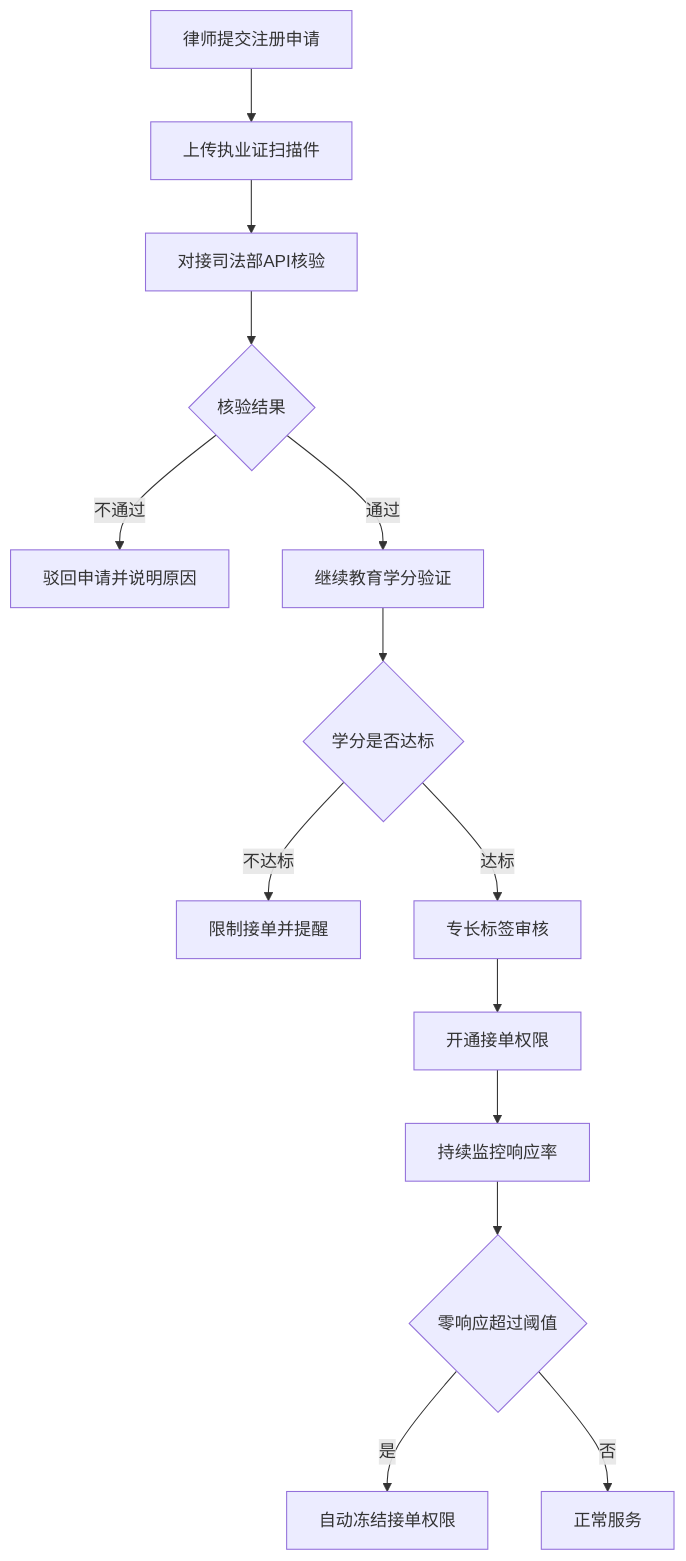
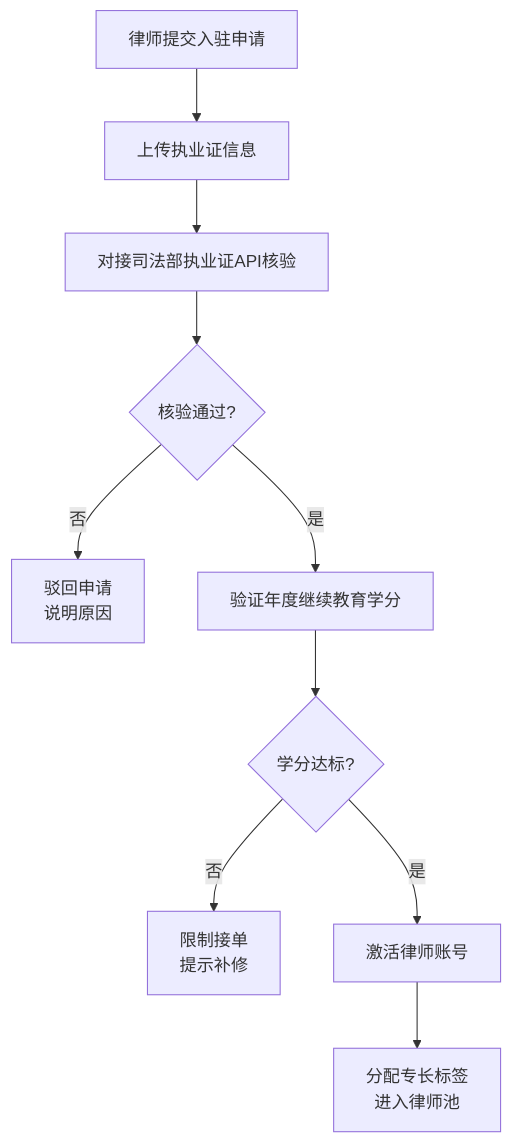
Before and after one commit to ccpen199/Trae-solo: the second of 3 diagrams in .trae/documents/PRD-法律公益咨询协同平台.md, drawn with Mermaid. The commit also changed other lines of this file and 94 other files, not shown here.

````diff
--- a/.trae/documents/PRD-法律公益咨询协同平台.md
+++ b/.trae/documents/PRD-法律公益咨询协同平台.md
@@ -79,16 +80,12 @@
 ```mermaid
 flowchart TD
-    A["律师提交注册申请"] --> B["上传执业证扫描件"]
-    B --> C["对接司法部API核验"]
-    C --> D{核验结果}
-    D -->|"不通过"| E["驳回申请并说明原因"]
-    D -->|"通过"| F["继续教育学分验证"]
-    F --> G{学分是否达标}
-    G -->|"不达标"| H["限制接单并提醒"]
-    G -->|"达标"| I["专长标签审核"]
-    I --> J["开通接单权限"]
-    J --> K["持续监控响应率"]
-    K --> L{零响应超过阈值}
-    L -->|"是"| M["自动冻结接单权限"]
-    L -->|"否"| N["正常服务"]
+    A["律师提交入驻申请"] --> B["上传执业证信息"]
+    B --> C["对接司法部执业证API核验"]
+    C --> D{核验通过?}
+    D -->|否| E["驳回申请<br/>说明原因"]
+    D -->|是| F["验证年度继续教育学分"]
+    F --> G{学分达标?}
+    G -->|否| H["限制接单<br/>提示补修"]
+    G -->|是| I["激活律师账号"]
+    I --> J["分配专长标签<br/>进入律师池"]
 ```
````
